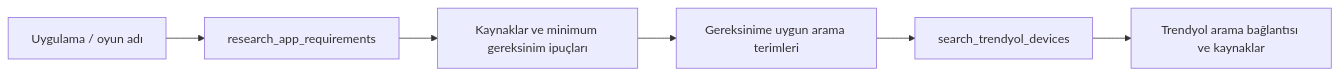
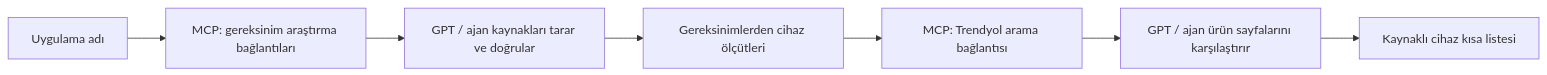
Before and after one commit to EthYusuf/app-level: the diagram in README.md, drawn with Mermaid. The commit also changed other lines of this file and 4 other files, not shown here.

Commit message:
Make app-level key-free and add research skills

````diff
--- a/README.md
+++ b/README.md
@@ -19,8 +19,9 @@
 ```mermaid
 flowchart LR
-    A["Uygulama / oyun adı"] --> B["research_app_requirements"]
-    B --> C["Kaynaklar ve minimum gereksinim ipuçları"]
-    C --> D["Gereksinime uygun arama terimleri"]
-    D --> E["search_trendyol_devices"]
-    E --> F["Trendyol arama bağlantısı ve kaynaklar"]
+    A["Uygulama adı"] --> B["MCP: gereksinim araştırma bağlantıları"]
+    B --> C["GPT / ajan kaynakları tarar ve doğrular"]
+    C --> D["Gereksinimlerden cihaz ölçütleri"]
+    D --> E["MCP: Trendyol arama bağlantısı"]
+    E --> F["GPT / ajan ürün sayfalarını karşılaştırır"]
+    F --> G["Kaynaklı cihaz kısa listesi"]
 ```
````
